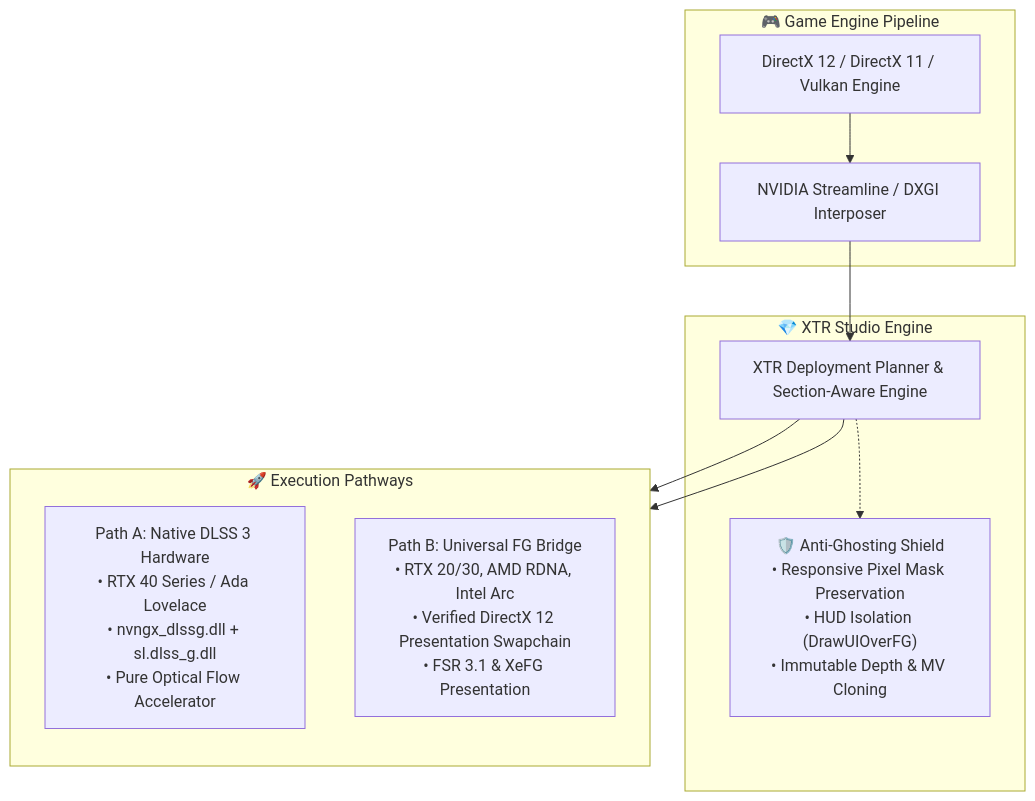
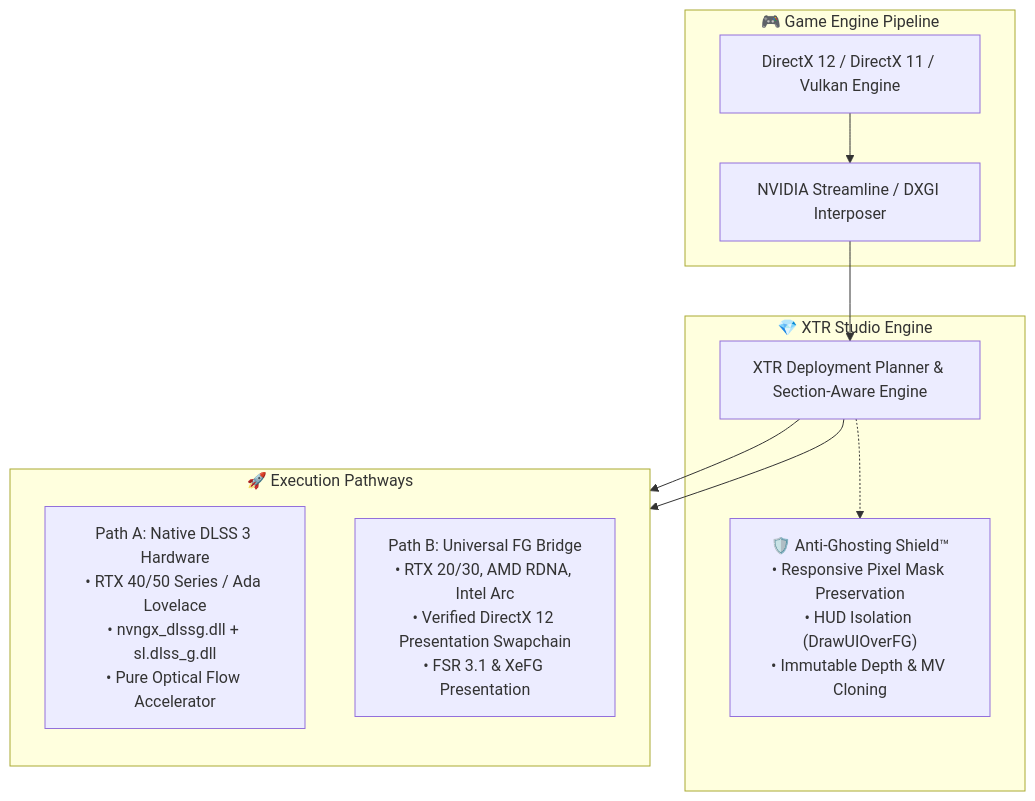
The diagram in README.md (anmol150704/XTR-Unlocker), drawn with Mermaid before and after one commit. The commit also changed other lines of this file and 2 other files, not shown here.

````diff
--- a/README.md
+++ b/README.md
@@ -67,25 +68,25 @@
 ```mermaid
 flowchart TD
-    subgraph Game ["🎮 Game Engine Pipeline"]
+    subgraph Host ["🎮 Game Engine Pipeline"]
         Engine["DirectX 12 / DirectX 11 / Vulkan Engine"]
         Streamline["NVIDIA Streamline / DXGI Interposer"]
         Engine --> Streamline
     end
 
     subgraph XTR ["💎 XTR Studio Engine"]
         Planner["XTR Deployment Planner & Section-Aware Engine"]
         Streamline --> Planner
         
-        Shield["🛡️ Anti-Ghosting Shield\n• Responsive Pixel Mask Preservation\n• HUD Isolation (DrawUIOverFG)\n• Immutable Depth & MV Cloning"]
+        Shield["🛡️ Anti-Ghosting Shield™\n• Responsive Pixel Mask Preservation\n• HUD Isolation (DrawUIOverFG)\n• Immutable Depth & MV Cloning"]
         Planner -.-> Shield
     end
 
     subgraph Paths ["🚀 Execution Pathways"]
         direction TB
-        PathA["Path A: Native DLSS 3 Hardware\n• RTX 40 Series / Ada Lovelace\n• nvngx_dlssg.dll + sl.dlss_g.dll\n• Pure Optical Flow Accelerator"]
+        PathA["Path A: Native DLSS 3 Hardware\n• RTX 40/50 Series / Ada Lovelace\n• nvngx_dlssg.dll + sl.dlss_g.dll\n• Pure Optical Flow Accelerator"]
         PathB["Path B: Universal FG Bridge\n• RTX 20/30, AMD RDNA, Intel Arc\n• Verified DirectX 12 Presentation Swapchain\n• FSR 3.1 & XeFG Presentation"]
     end
 
     Planner --> PathA
     Planner --> PathB
 ```
````
